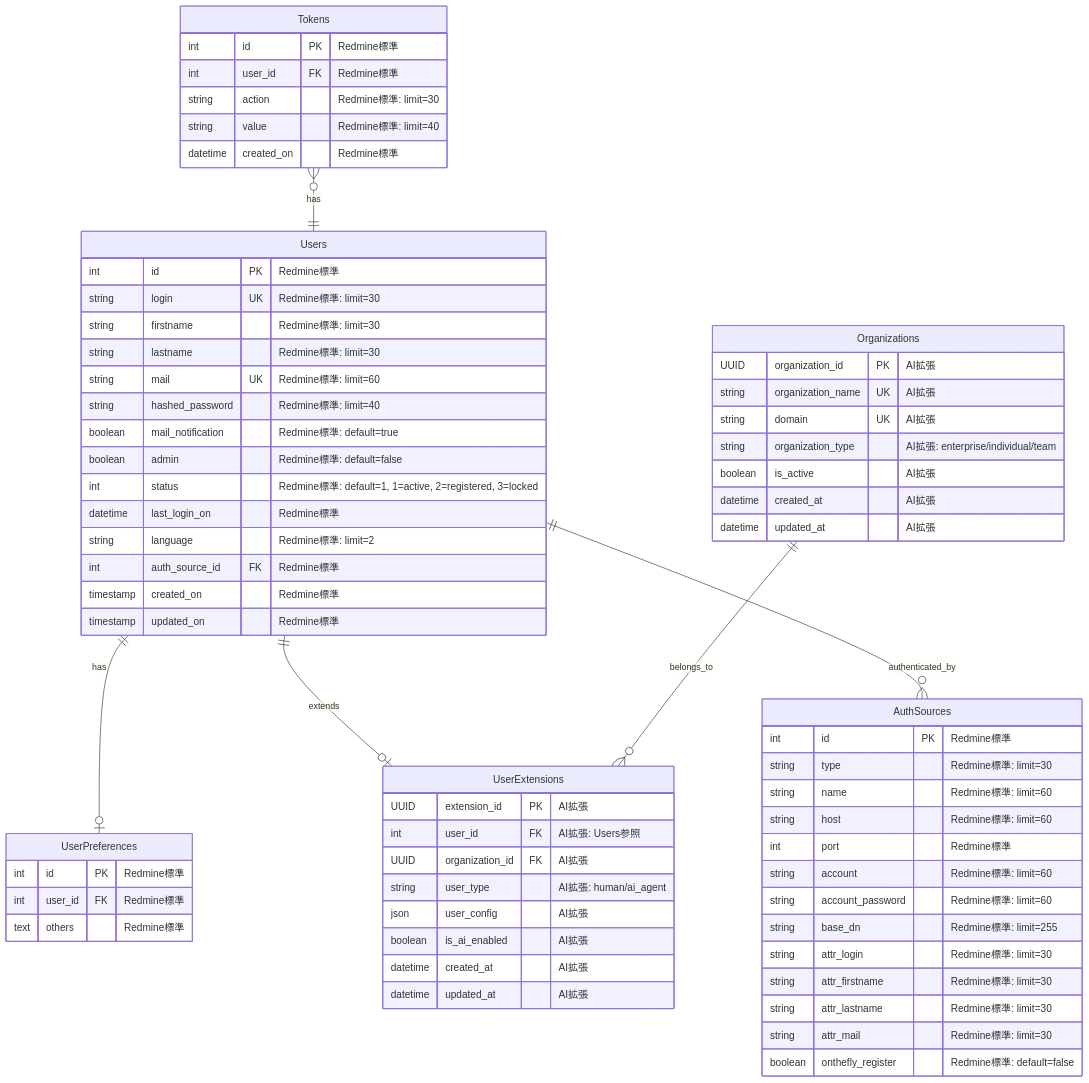
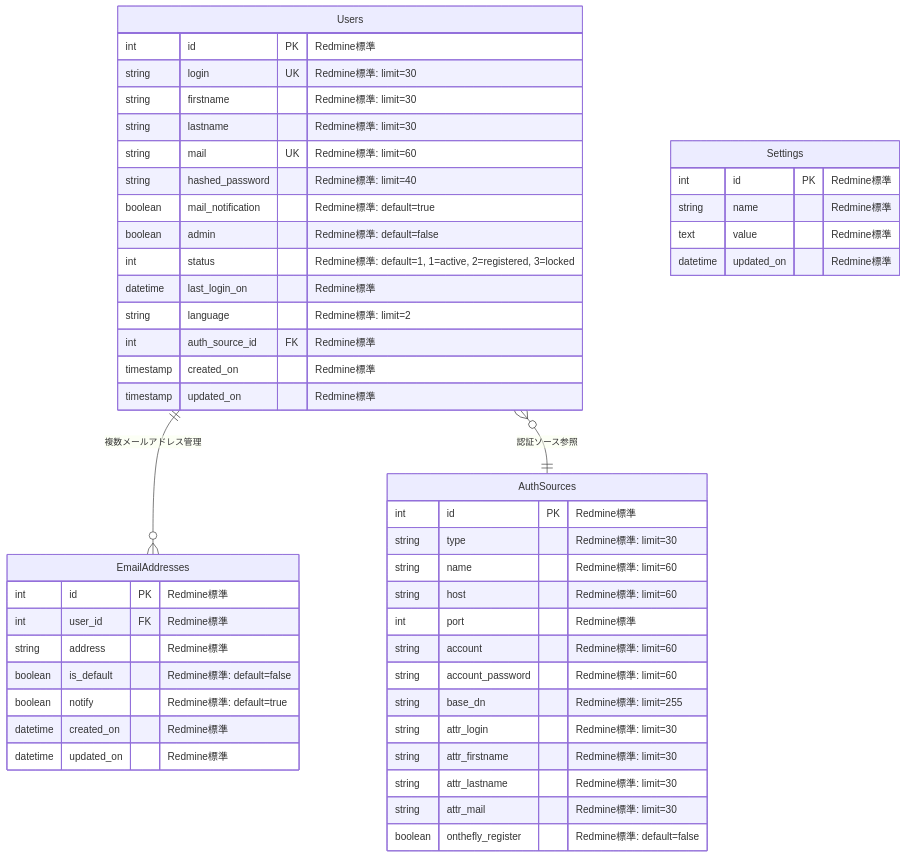
The first of 29 diagrams in docs/030000_設計/035000_データ設計/035010_ER図.md (daichiTAAA/AgentOpsPlatform), drawn with Mermaid before and after one commit. The commit also changed other lines of this file, not shown here.

````diff
--- a/docs/030000_設計/035000_データ設計/035010_ER図.md
+++ b/docs/030000_設計/035000_データ設計/035010_ER図.md
@@ -125,79 +151,57 @@
 ```mermaid
 erDiagram
     %% Redmine標準テーブル（変更なし）
     Users {
         int id PK "Redmine標準"
         string login UK "Redmine標準: limit=30"
         string firstname "Redmine標準: limit=30"
         string lastname "Redmine標準: limit=30"
         string mail UK "Redmine標準: limit=60"
         string hashed_password "Redmine標準: limit=40"
         boolean mail_notification "Redmine標準: default=true"
         boolean admin "Redmine標準: default=false"
         int status "Redmine標準: default=1, 1=active, 2=registered, 3=locked"
         datetime last_login_on "Redmine標準"
         string language "Redmine標準: limit=2"
         int auth_source_id FK "Redmine標準"
         timestamp created_on "Redmine標準"
         timestamp updated_on "Redmine標準"
     }
     
+    EmailAddresses {
+        int id PK "Redmine標準"
+        int user_id FK "Redmine標準"
+        string address "Redmine標準"
+        boolean is_default "Redmine標準: default=false"
+        boolean notify "Redmine標準: default=true"
+        datetime created_on "Redmine標準"
+        datetime updated_on "Redmine標準"
+    }
+    
     AuthSources {
         int id PK "Redmine標準"
         string type "Redmine標準: limit=30"
         string name "Redmine標準: limit=60"
         string host "Redmine標準: limit=60"
         int port "Redmine標準"
         string account "Redmine標準: limit=60"
         string account_password "Redmine標準: limit=60"
         string base_dn "Redmine標準: limit=255"
         string attr_login "Redmine標準: limit=30"
         string attr_firstname "Redmine標準: limit=30"
         string attr_lastname "Redmine標準: limit=30"
         string attr_mail "Redmine標準: limit=30"
         boolean onthefly_register "Redmine標準: default=false"
     }
     
-    Tokens {
+    Settings {
         int id PK "Redmine標準"
-        int user_id FK "Redmine標準"
-        string action "Redmine標準: limit=30"
-        string value "Redmine標準: limit=40"
-        datetime created_on "Redmine標準"
-    }
-    
-    UserPreferences {
-        int id PK "Redmine標準"
-        int user_id FK "Redmine標準"
-        text others "Redmine標準"
-    }
-    
-    %% AI拡張テーブル（新規追加）
-    Organizations {
-        UUID organization_id PK "AI拡張"
-        string organization_name UK "AI拡張"
-        string domain UK "AI拡張"
-        string organization_type "AI拡張: enterprise/individual/team"
-        boolean is_active "AI拡張"
-        datetime created_at "AI拡張"
-        datetime updated_at "AI拡張"
-    }
-    
-    UserExtensions {
-        UUID extension_id PK "AI拡張"
-        int user_id FK "AI拡張: Users参照"
-        UUID organization_id FK "AI拡張"
-        string user_type "AI拡張: human/ai_agent"
-        json user_config "AI拡張"
-        boolean is_ai_enabled "AI拡張"
-        datetime created_at "AI拡張"
-        datetime updated_at "AI拡張"
+        string name "Redmine標準"
+        text value "Redmine標準"
+        datetime updated_on "Redmine標準"
     }
     
     %% 関係性
-    Tokens }o--|| Users : has
-    Users ||--o| UserPreferences : has
-    Users ||--o| UserExtensions : extends
-    Organizations ||--o{ UserExtensions : belongs_to
-    Users ||--o{ AuthSources : authenticated_by
+    Users ||--o{ EmailAddresses : "複数メールアドレス管理"
+    Users }o--|| AuthSources : "認証ソース参照"
 ```
````
